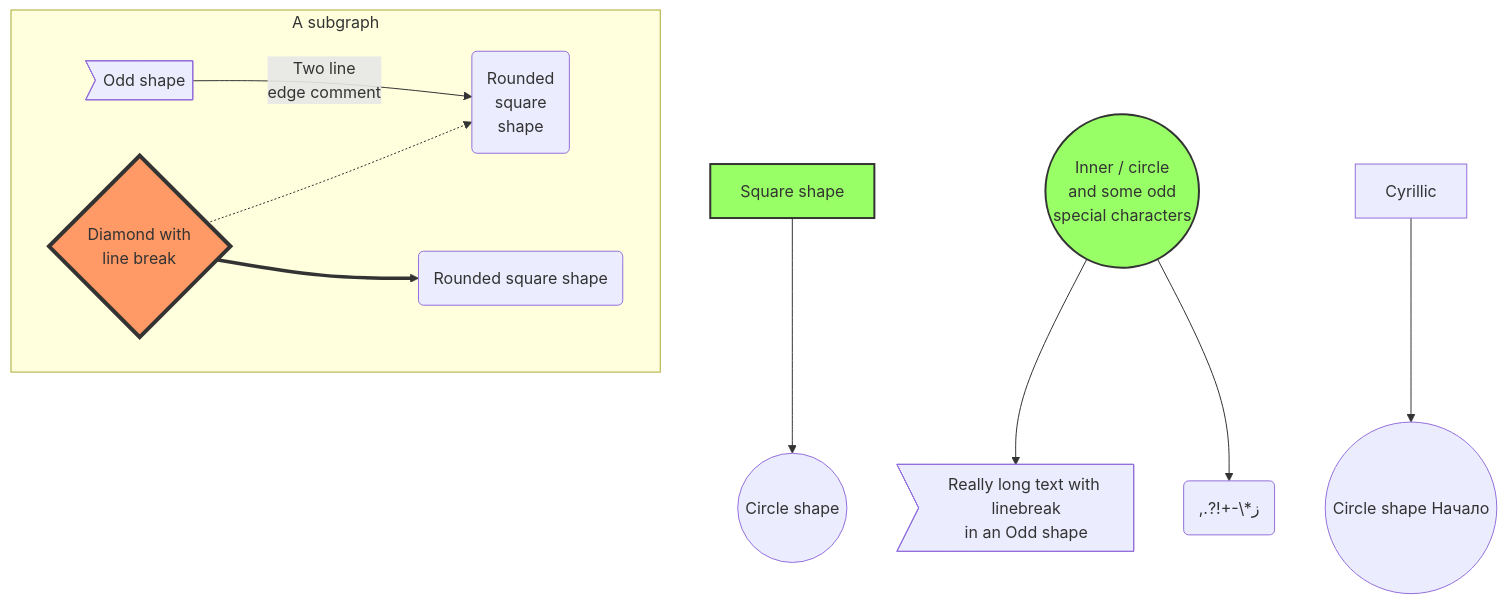
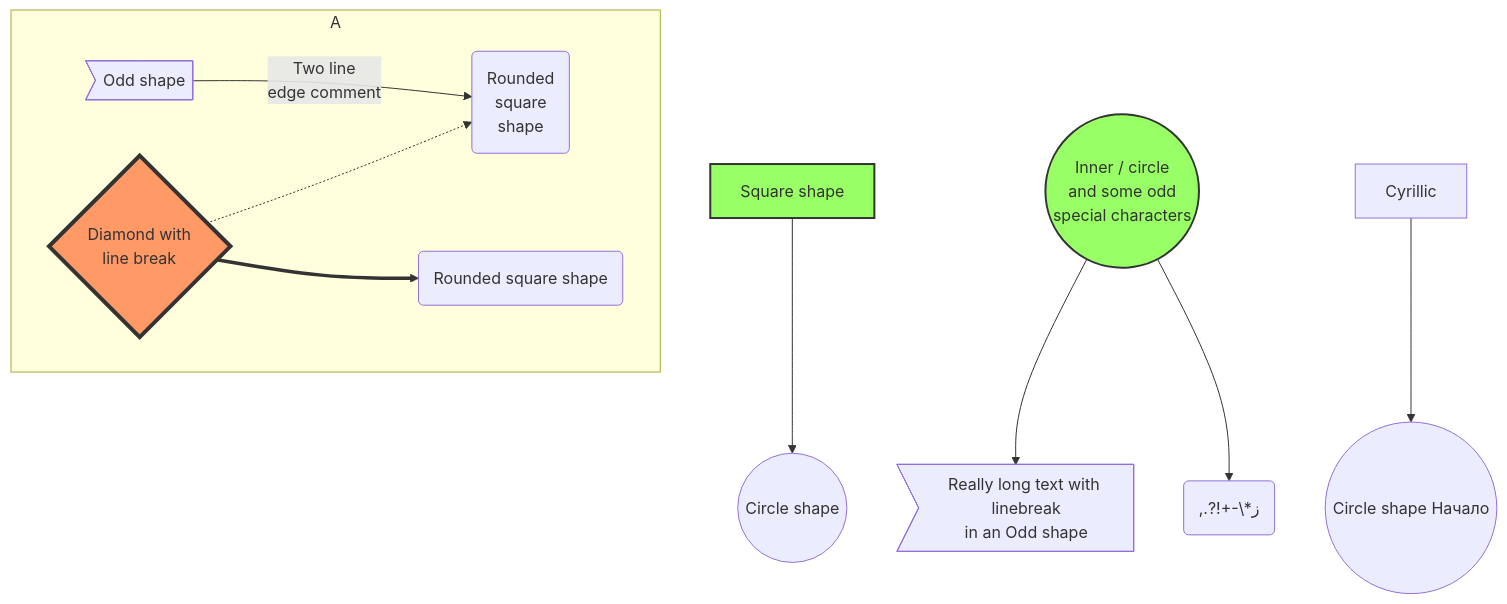
Before and after one commit to jojozhuang/jojozhuang.github.io: diagram 19 of 21 in _posts/2018-09-18-mermaid-cheat-sheet.md, drawn with Mermaid. The commit also changed other lines of this file and 48 other files, not shown here.

```diff
--- a/_posts/2018-09-18-mermaid-cheat-sheet.md
+++ b/_posts/2018-09-18-mermaid-cheat-sheet.md
@@ -611,23 +611,23 @@
 <div class="mermaid">
 graph TB
     sq[Square shape] --> ci((Circle shape))
 
-    subgraph A subgraph
+    subgraph A
         od>Odd shape]-- Two line<br/>edge comment --> ro
         di{Diamond with <br/> line break} -.-> ro(Rounded<br>square<br>shape)
         di==>ro2(Rounded square shape)
     end
 
     %% Notice that no text in shape are added here instead that is appended further down
     e --> od3>Really long text with linebreak<br>in an Odd shape]
 
     %% Comments after double percent signs
     e((Inner / circle<br>and some odd <br>special characters)) --> f(,.?!+-\*ز)
 
     cyr[Cyrillic]-->cyr2((Circle shape Начало));
 
-     classDef green fill:#9f6,stroke:#333,stroke-width:2px;
-     classDef orange fill:#f96,stroke:#333,stroke-width:4px;
+     classDef green fill:#9f6,stroke:#333,stroke-width:2px
+     classDef orange fill:#f96,stroke:#333,stroke-width:4px
      class sq,e green
      class di orange
 </div>
```
